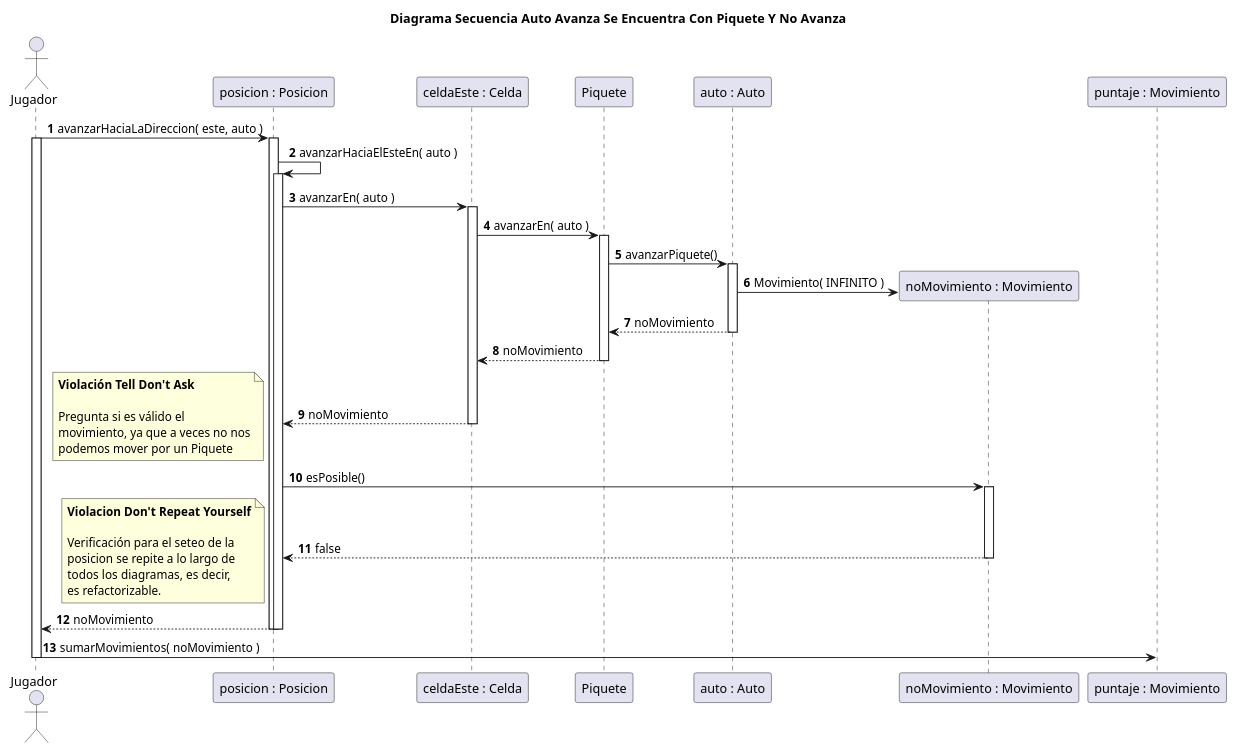
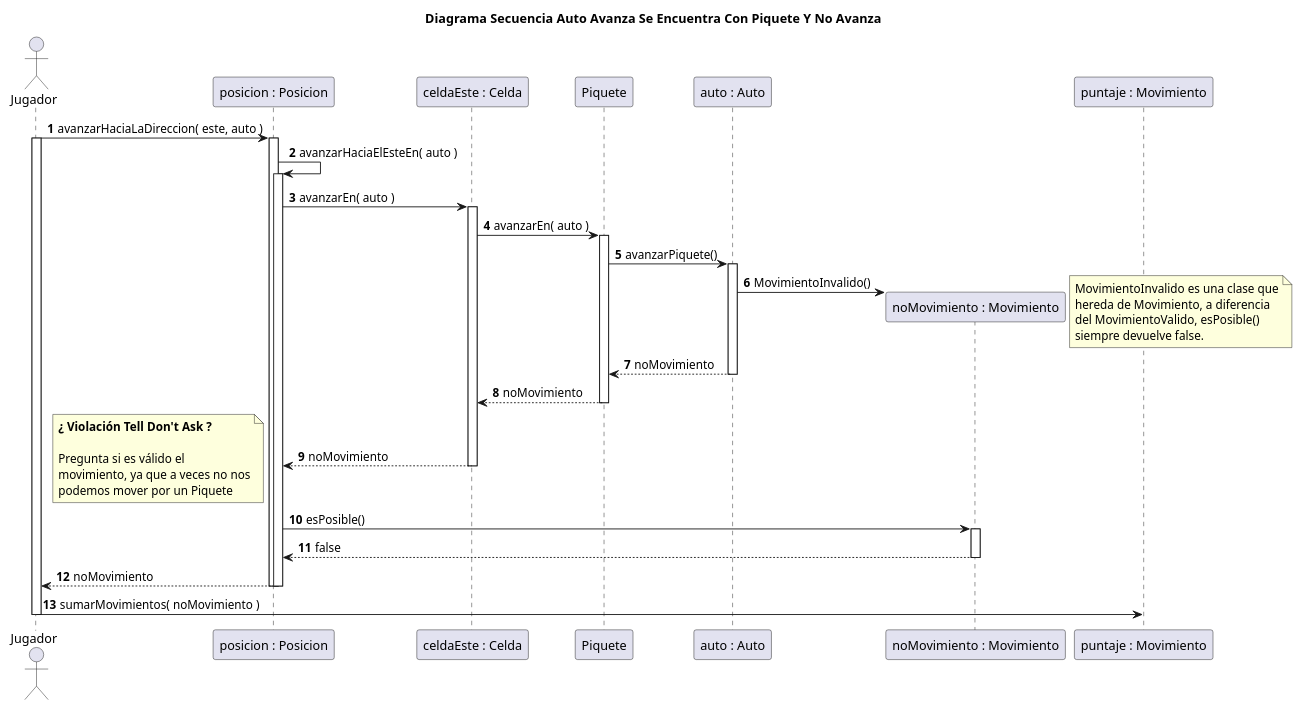
The diagram in diagrams/borradores/DiagramaSecuenciaCasoConPiqueteEnAuto.puml (rodrigovzq/algo3_tp2), drawn with PlantUML before and after one commit. The commit also changed 6 other files, not shown here.

Commit message:
Actualizacion de los diagramas

```diff
--- a/diagrams/borradores/DiagramaSecuenciaCasoConPiqueteEnAuto.puml
+++ b/diagrams/borradores/DiagramaSecuenciaCasoConPiqueteEnAuto.puml
@@ -1,58 +1,55 @@
 @startuml
 title Diagrama Secuencia Auto Avanza Se Encuentra Con Piquete Y No Avanza
 
 autonumber
 
 actor Jugador
 
 Jugador -> "posicion : Posicion"++: avanzarHaciaLaDireccion( este, auto )
 
 activate Jugador
 "posicion : Posicion" -> "posicion : Posicion"++: avanzarHaciaElEsteEn( auto )
 
 
 "posicion : Posicion" -> "celdaEste : Celda"++: avanzarEn( auto )
 
 
 "celdaEste : Celda" -> Piquete++: avanzarEn( auto )
 Piquete -> "auto : Auto"++: avanzarPiquete()
 create "noMovimiento : Movimiento"
-' Podriamos hacer un enum con el numero de movimientos según el obstaculo?
-"auto : Auto" -> "noMovimiento : Movimiento": Movimiento( INFINITO )
+"auto : Auto" -> "noMovimiento : Movimiento": MovimientoInvalido()
+
+note right
+    MovimientoInvalido es una clase que
+    hereda de Movimiento, a diferencia
+    del MovimientoValido, esPosible()
+    siempre devuelve false.
+end note
+
 "auto : Auto" --> Piquete: noMovimiento
 deactivate "auto : Auto"
 Piquete --> "celdaEste : Celda": noMovimiento
 deactivate Piquete
 "celdaEste : Celda" --> "posicion : Posicion": noMovimiento
 deactivate "celdaEste : Celda"
 
 note left
-**Violación Tell Don't Ask**
+**¿ Violación Tell Don't Ask ?**
 
 Pregunta si es válido el
 movimiento, ya que a veces no nos
 podemos mover por un Piquete
 end note
 
 "noMovimiento : Movimiento" <- "posicion : Posicion"++: esPosible()
 "noMovimiento : Movimiento" --> "posicion : Posicion": false
 deactivate "noMovimiento : Movimiento"
 
-note left
-**Violacion Don't Repeat Yourself**
-
-Verificación para el seteo de la
-posicion se repite a lo largo de
-todos los diagramas, es decir,
-es refactorizable.
-end note
-
-
 "posicion : Posicion" --> Jugador--: noMovimiento
 deactivate "posicion : Posicion"
 deactivate "posicion : Posicion"
 
 Jugador -> "puntaje : Movimiento": sumarMovimientos( noMovimiento )
 deactivate Jugador
 
 @enduml
```
